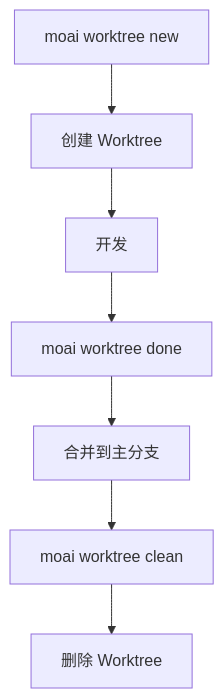
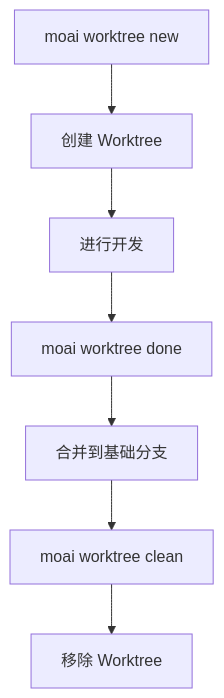
Before and after one commit to modu-ai/moai-adk: the diagram in docs-site/content/zh/getting-started/cli.md, drawn with Mermaid. The commit also changed other lines of this file and 395 other files, not shown here.

````diff
--- a/docs-site/content/zh/getting-started/cli.md
+++ b/docs-site/content/zh/getting-started/cli.md
@@ -560,9 +553,9 @@
 ```mermaid
 flowchart TD
     A[moai worktree new] --> B[创建 Worktree]
-    B --> C[开发]
+    B --> C[进行开发]
     C --> D[moai worktree done]
-    D --> E[合并到主分支]
+    D --> E[合并到基础分支]
     E --> F[moai worktree clean]
-    F --> G[删除 Worktree]
+    F --> G[移除 Worktree]
 ```
````
